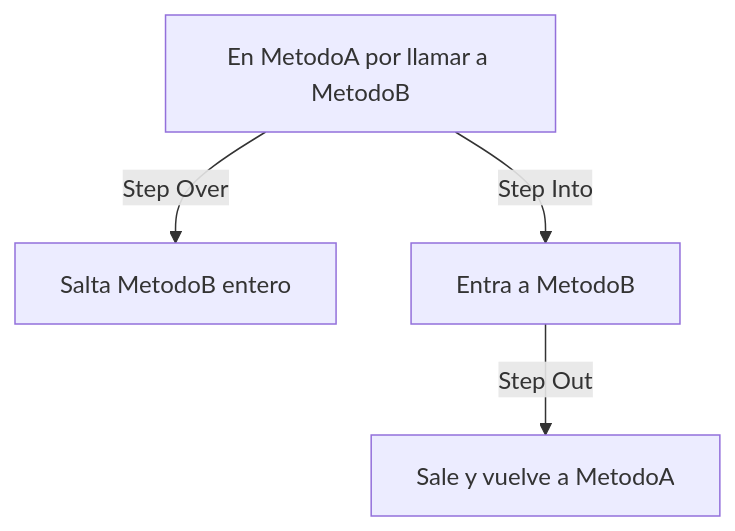
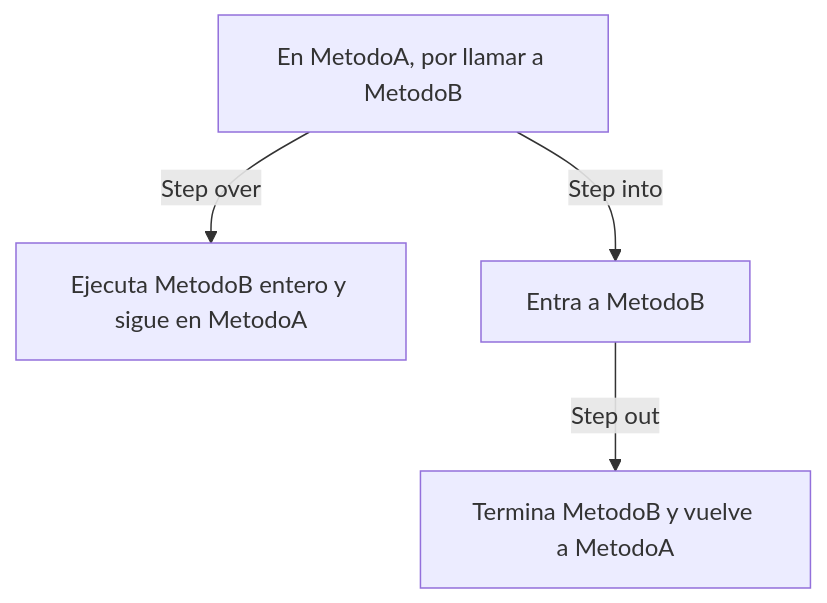
Before and after one commit to Carlou134/ssr-developer-roadmap: the diagram in docs/01-autonomia-resolucion-problemas/02-depuracion-avanzada.md, drawn with Mermaid. The commit also changed other lines of this file and 7 other files, not shown here.

````diff
--- a/docs/01-autonomia-resolucion-problemas/02-depuracion-avanzada.md
+++ b/docs/01-autonomia-resolucion-problemas/02-depuracion-avanzada.md
@@ -46,7 +109,7 @@
 ```mermaid
 graph TD
-    Start["En MetodoA por llamar a MetodoB"]
-    Start -->|"Step Over"| Over["Salta MetodoB entero"]
-    Start -->|"Step Into"| Into["Entra a MetodoB"]
-    Into -->|"Step Out"| Out["Sale y vuelve a MetodoA"]
+    Start["En MetodoA, por llamar a MetodoB"]
+    Start -->|"Step over"| Over["Ejecuta MetodoB entero y sigue en MetodoA"]
+    Start -->|"Step into"| Into["Entra a MetodoB"]
+    Into -->|"Step out"| Out["Termina MetodoB y vuelve a MetodoA"]
 ```
````
